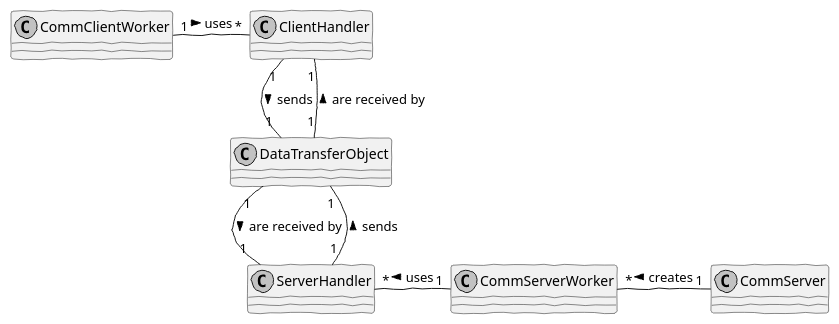
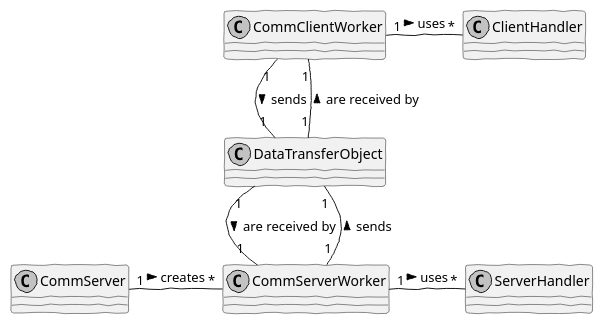
One commit to MikeTekOn/lapr4-2017-2dd changed the diagram in src/main/java/lapr4/green/s1/ipc/n1150532/ipc_01_1_analysis2.puml. Above: the diagram before and after it, drawn with PlantUML. The commit also changed 1 other file, not shown here.

Commit message:
LAPR4E17DD-117 #time 30m  #comment I've fixed: The use case clear states the port number should be configurable; The Workers are the ones who communicate, not the handlers (these only know how to handle the objects).

```diff
--- a/src/main/java/lapr4/green/s1/ipc/n1150532/ipc_01_1_analysis2.puml
+++ b/src/main/java/lapr4/green/s1/ipc/n1150532/ipc_01_1_analysis2.puml
@@ -1,23 +1,23 @@
 @startuml
 
 skinparam handwritten true
 skinparam monochrome true
 skinparam defaultFontName FG Virgil
 skinparam shadowing false
 
 class CommClientWorker
 class ClientHandler
 class DataTransferObject
-class ServerHandler
 class CommServer
 class CommServerWorker
+class ServerHandler
 
 CommClientWorker "1" - "*" ClientHandler : uses >
-ClientHandler "1" -- "1" DataTransferObject : sends >
-DataTransferObject "1" -- "1" ClientHandler : are received by >
-DataTransferObject "1" -- "1" ServerHandler : are received by >
-ServerHandler "1" -- "1" DataTransferObject : sends >
-ServerHandler "*" - "1" CommServerWorker : uses <
-CommServerWorker "*" - "1" CommServer : creates <
+CommClientWorker "1" -- "1" DataTransferObject : sends >
+DataTransferObject "1" -- "1" CommClientWorker : are received by >
+DataTransferObject "1" -- "1" CommServerWorker : are received by >
+CommServerWorker "1" -- "1" DataTransferObject : sends >
+CommServer "1" - "*" CommServerWorker : creates >
+CommServerWorker "1" - "*" ServerHandler : uses >
 
 @enduml
```
